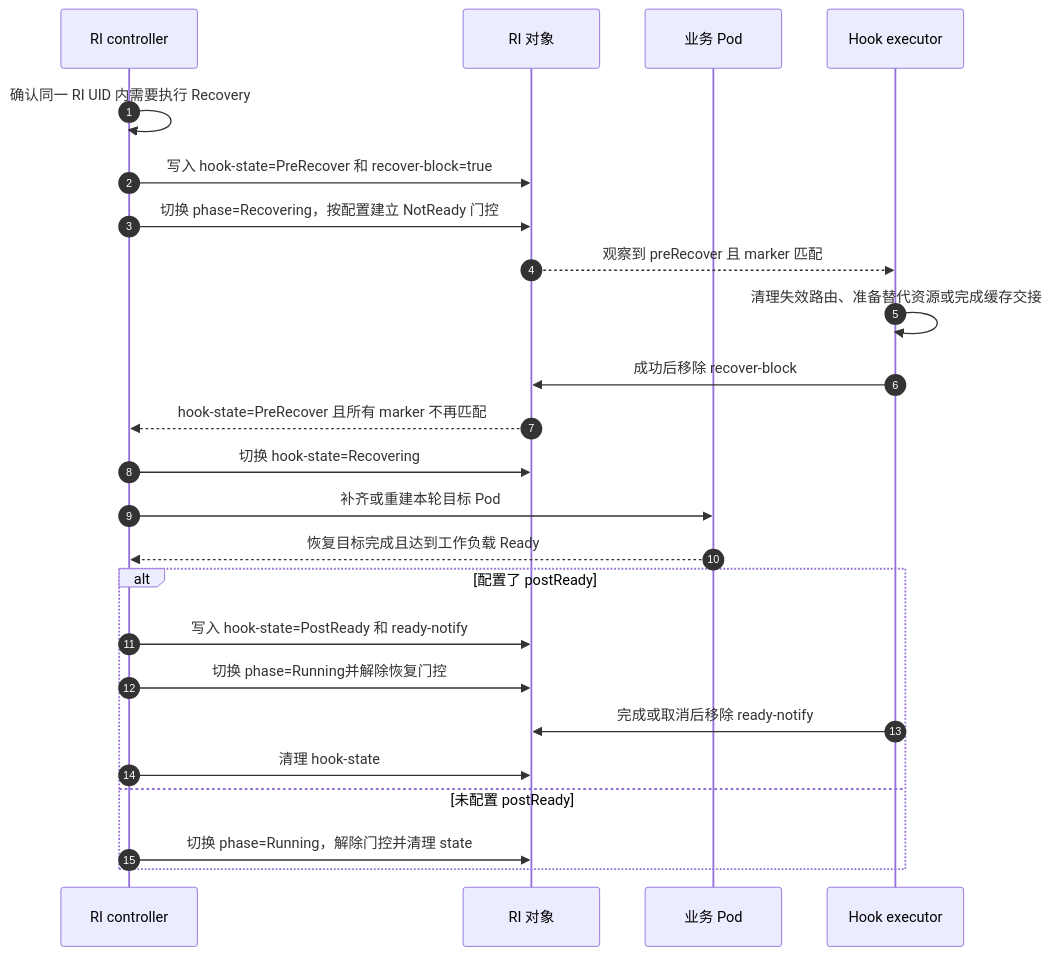
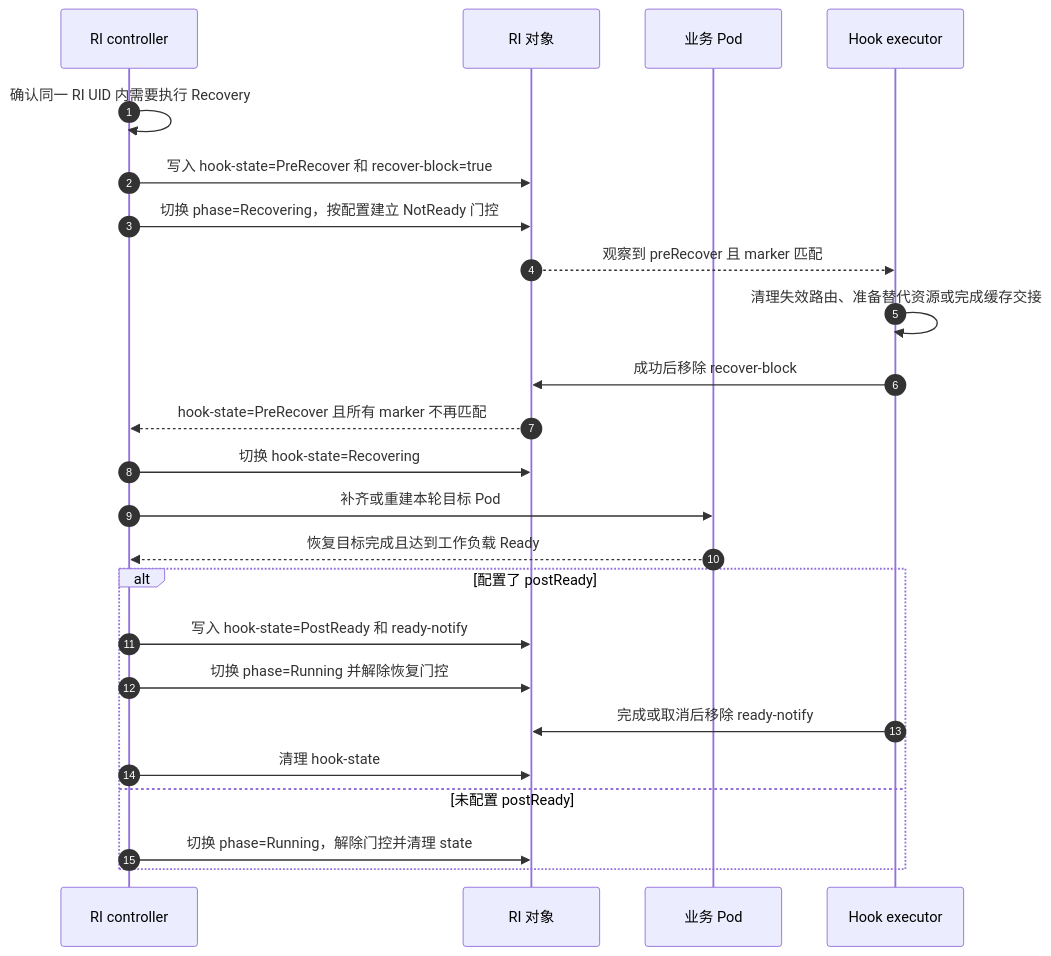
One commit to sgl-project/rbg changed the second of 4 diagrams in keps/527-roleinstance-lifecycle/README.zh-CN.md. Above: the diagram before and after it, drawn with Mermaid. The commit also changed other lines of this file and 1 other file, not shown here.

````diff
--- a/keps/527-roleinstance-lifecycle/README.zh-CN.md
+++ b/keps/527-roleinstance-lifecycle/README.zh-CN.md
@@ -427,26 +430,26 @@
 ```mermaid
 sequenceDiagram
     autonumber
     participant C as RI controller
     participant R as RI 对象
     participant P as 业务 Pod
     participant E as Hook executor
     C->>C: 确认同一 RI UID 内需要执行 Recovery
     C->>R: 写入 hook-state=PreRecover 和 recover-block=true
     C->>R: 切换 phase=Recovering，按配置建立 NotReady 门控
     R-->>E: 观察到 preRecover 且 marker 匹配
     E->>E: 清理失效路由、准备替代资源或完成缓存交接
     E->>R: 成功后移除 recover-block
     R-->>C: hook-state=PreRecover 且所有 marker 不再匹配
     C->>R: 切换 hook-state=Recovering
     C->>P: 补齐或重建本轮目标 Pod
     P-->>C: 恢复目标完成且达到工作负载 Ready
     alt 配置了 postReady
         C->>R: 写入 hook-state=PostReady 和 ready-notify
-        C->>R: 切换 phase=Running并解除恢复门控
+        C->>R: 切换 phase=Running 并解除恢复门控
         E->>R: 完成或取消后移除 ready-notify
         C->>R: 清理 hook-state
     else 未配置 postReady
         C->>R: 切换 phase=Running，解除门控并清理 state
     end
 ```
````
